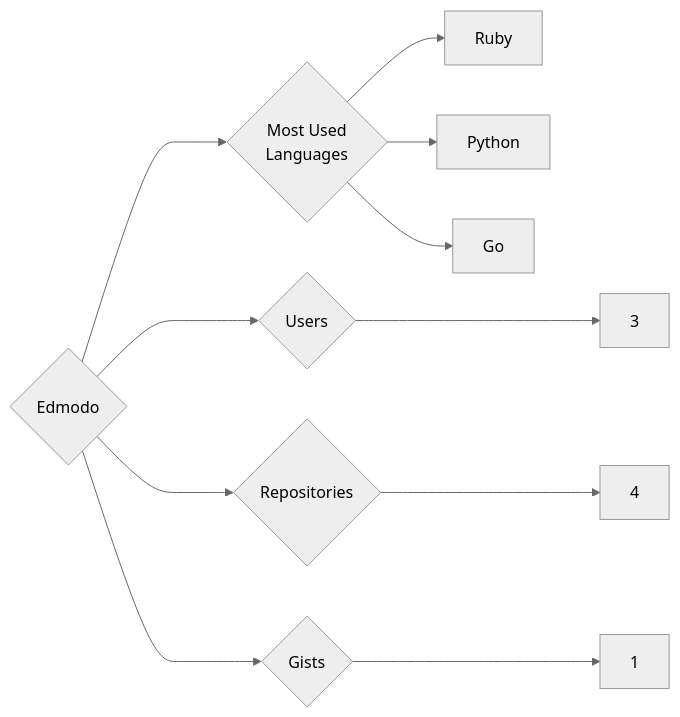
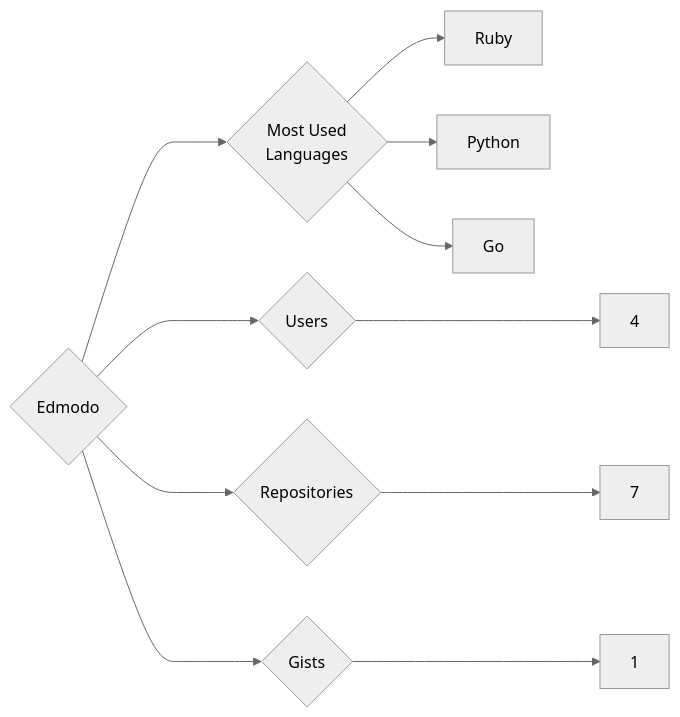
The diagram in targets/Edmodo/README.md (trickest/insiders), drawn with Mermaid (neutral theme) before and after one commit. The commit also changed 720 other files, not shown here.

````diff
--- a/targets/Edmodo/README.md
+++ b/targets/Edmodo/README.md
@@ -3,11 +3,11 @@
 ```mermaid
 graph LR
 COMPANY_NAME{Edmodo}
-COMPANY_NAME ---> U{Users} ---> UN[3]
-COMPANY_NAME ---> R{Repositories} ---> RN[4]
+COMPANY_NAME ---> U{Users} ---> UN[4]
+COMPANY_NAME ---> R{Repositories} ---> RN[7]
 COMPANY_NAME ---> G{Gists} ---> GN[1]
 COMPANY_NAME ---> ML{Most Used<br>Languages}
 ML --> Ruby[Ruby]
 ML --> Python[Python]
 ML --> Go[Go]
 ```
````
